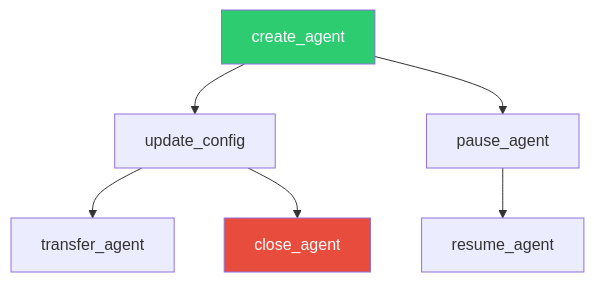
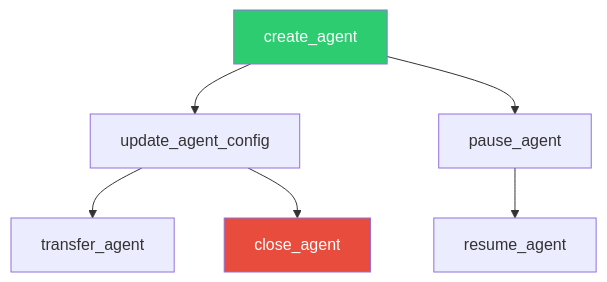
Before and after one commit to maikershq/maikers-mainframe: the second of 3 diagrams in docs/architecture.md, drawn with Mermaid. The commit also changed other lines of this file and 135 other files, not shown here.

````diff
--- a/docs/architecture.md
+++ b/docs/architecture.md
@@ -120,11 +152,11 @@
 ```mermaid
 graph TD
-    A[create_agent] --> B[update_config]
+    A[create_agent] --> B[update_agent_config]
     B --> C[transfer_agent]
     A --> D[pause_agent]
     D --> E[resume_agent]
     B --> F[close_agent]
-    
+
     style A fill:#2ecc71,color:#fff
     style F fill:#e74c3c,color:#fff
 ```
````
